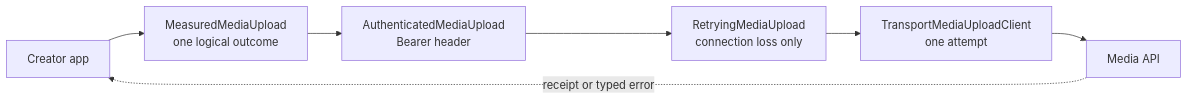
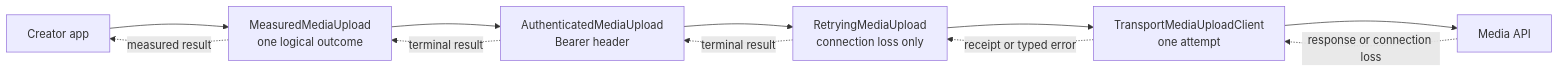
One commit to rgmez/Design-Patterns-in-Swift changed the diagram in Structural Patterns/Decorator/README.md. Above: the diagram before and after it, drawn with Mermaid. The commit also changed other lines of this file and 8 other files, not shown here.

````diff
--- a/Structural Patterns/Decorator/README.md
+++ b/Structural Patterns/Decorator/README.md
@@ -127,9 +130,13 @@
 ```mermaid
 flowchart LR
     App["Creator app"] --> Metrics["MeasuredMediaUpload<br/>one logical outcome"]
     Metrics --> Auth["AuthenticatedMediaUpload<br/>Bearer header"]
     Auth --> Retry["RetryingMediaUpload<br/>connection loss only"]
     Retry --> Transport["TransportMediaUploadClient<br/>one attempt"]
     Transport --> API["Media API"]
-    API -. "receipt or typed error" .-> App
+    API -. "response or connection loss" .-> Transport
+    Transport -. "receipt or typed error" .-> Retry
+    Retry -. "terminal result" .-> Auth
+    Auth -. "terminal result" .-> Metrics
+    Metrics -. "measured result" .-> App
 ```
````
